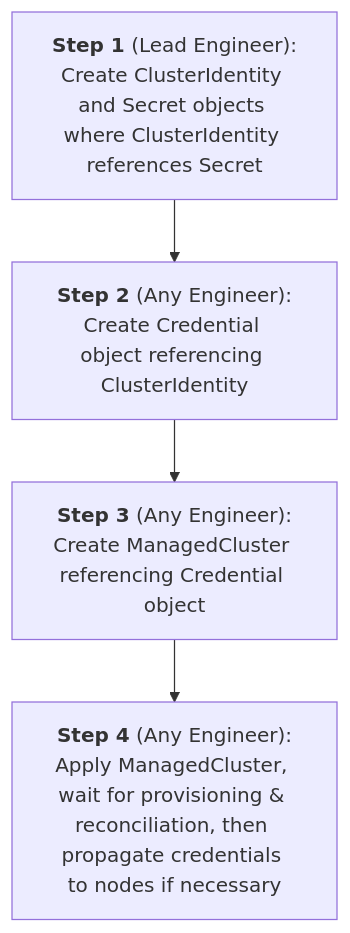
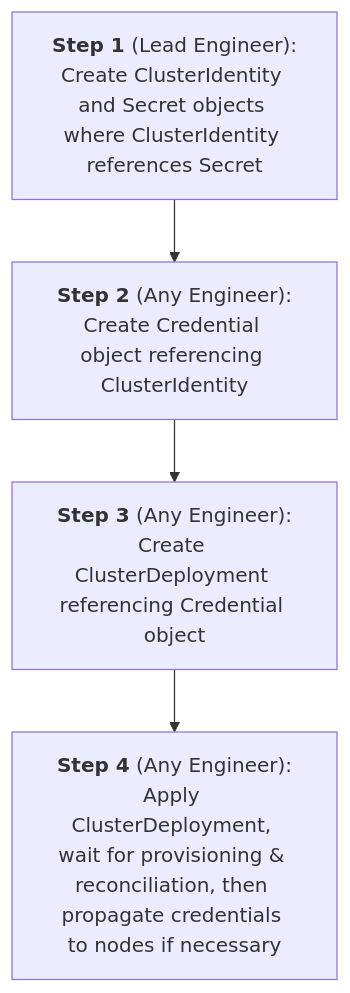
One commit to K0rdent/docs changed the diagram in docs/credential/main.md. Above: the diagram before and after it, drawn with Mermaid. The commit also changed other lines of this file and 21 other files, not shown here.

First line of the commit message:
Update docs to reflect name change from ManagedCluster to ClusterDeployment (#68)

````diff
--- a/docs/credential/main.md
+++ b/docs/credential/main.md
@@ -17,7 +17,7 @@
 ```mermaid
 flowchart TD
   Step1["<b>Step 1</b> (Lead Engineer):<br/>Create ClusterIdentity and Secret objects where ClusterIdentity references Secret"]
   Step1 --> Step2["<b>Step 2</b> (Any Engineer):<br/>Create Credential object referencing ClusterIdentity"]
-  Step2 --> Step3["<b>Step 3</b> (Any Engineer):<br/>Create ManagedCluster referencing Credential object"]
-  Step3 --> Step4["<b>Step 4</b> (Any Engineer):<br/>Apply ManagedCluster, wait for provisioning & reconciliation, then propagate credentials to nodes if necessary"]
+  Step2 --> Step3["<b>Step 3</b> (Any Engineer):<br/>Create ClusterDeployment referencing Credential object"]
+  Step3 --> Step4["<b>Step 4</b> (Any Engineer):<br/>Apply ClusterDeployment, wait for provisioning & reconciliation, then propagate credentials to nodes if necessary"]
 ```
````
